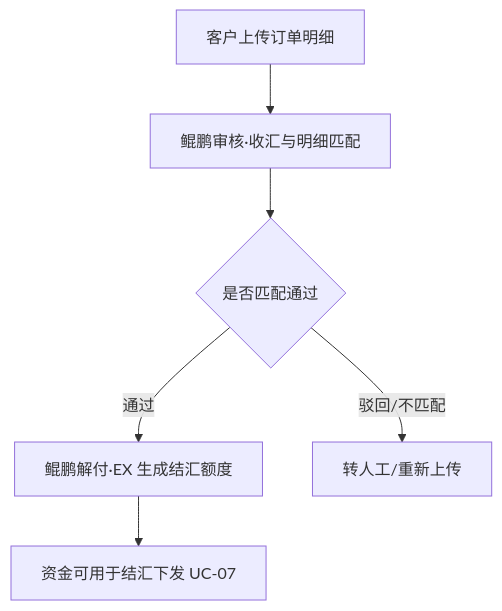
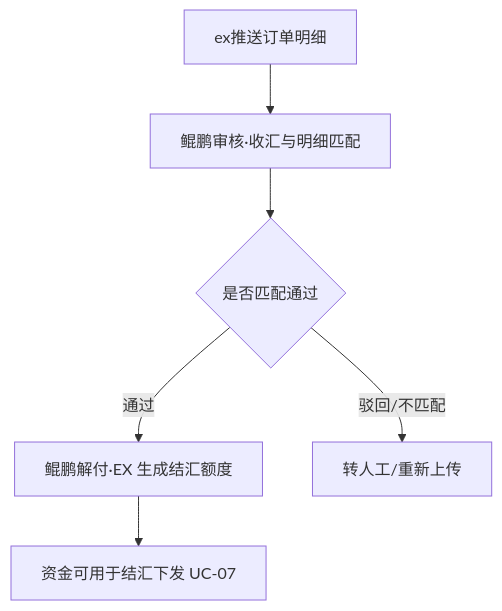
The eighth of 15 diagrams in vietnam/CNYsettlement.md (xiaoxiaoangie/EX-NEW), drawn with Mermaid before and after one commit. The commit also changed other lines of this file and 3 other files, not shown here.

````diff
--- a/vietnam/CNYsettlement.md
+++ b/vietnam/CNYsettlement.md
@@ -528,8 +577,8 @@
 ```mermaid
 flowchart TD
-    c6A[客户上传订单明细] --> c6B[鲲鹏审核·收汇与明细匹配]
+    c6A[ex推送订单明细] --> c6B[鲲鹏审核·收汇与明细匹配]
     c6B --> c6C{是否匹配通过}
     c6C -->|通过| c6D[鲲鹏解付·EX 生成结汇额度]
     c6D --> c6E[资金可用于结汇下发 UC-07]
     c6C -->|驳回/不匹配| c6F[转人工/重新上传]
 ```
````
